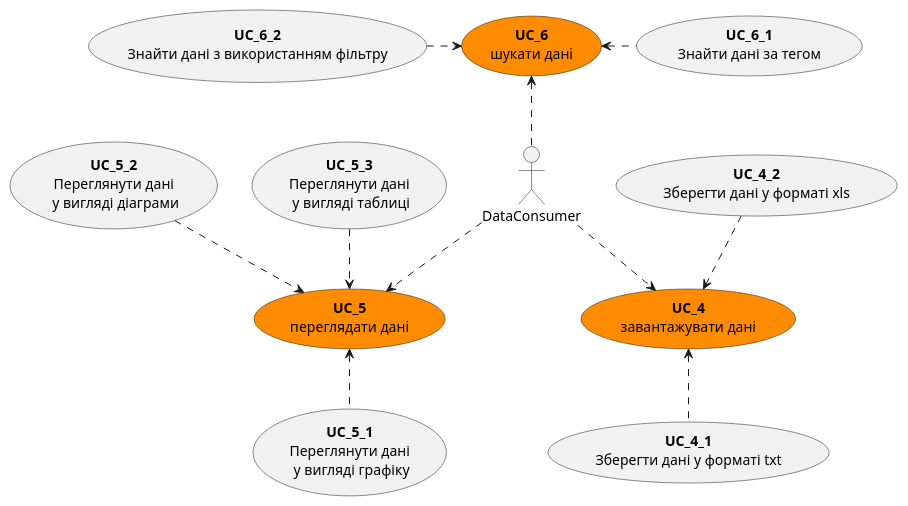
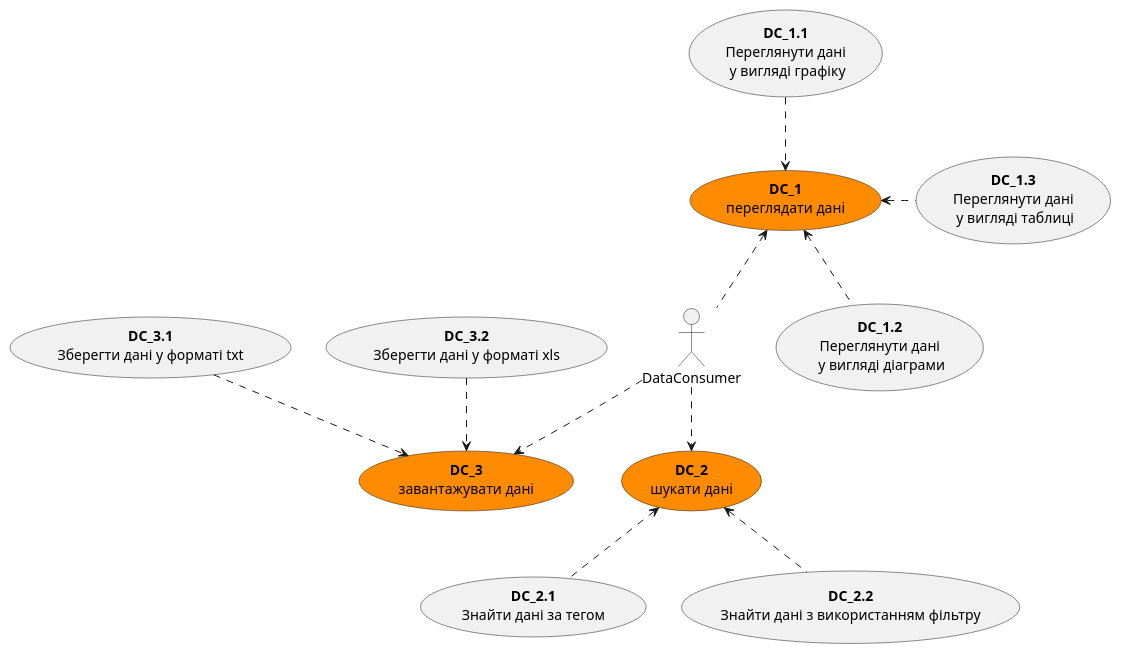
One commit to boldak/edu-db-cw changed the third of 3 diagrams in docs/use cases/README.md. Above: the diagram before and after it, drawn with PlantUML. The commit also changed other lines of this file, not shown here.

```diff
--- a/docs/use cases/README.md
+++ b/docs/use cases/README.md
@@ -240,44 +95,45 @@
 @startuml
 
 actor DataConsumer
   
-    usecase Duse1 as "<b>UC_6</b>\nшукати данi" #FF8C00
-    usecase Duse2 as "<b>UC_5</b>\nпереглядати данi" #FF8C00
-    usecase Duse3 as "<b>UC_4</b>\nзавантажувати данi" #FF8C00
+  usecase Duse1 as "<b>DC_1</b>\nпереглядати данi" #FF8C00
+  usecase Duse2 as "<b>DC_2</b>\nшукати данi" #FF8C00
+  usecase Duse3 as "<b>DC_3</b>\nзавантажувати данi" #FF8C00
   
-  usecase Duse2_1 as "<b>UC_5_1</b>\nПереглянути дані\n у вигляді графіку"
-  usecase Duse2_2 as "<b>UC_5_2</b>\nПереглянути дані\n у вигляді діаграми"
-  usecase Duse2_3 as "<b>UC_5_3</b>\nПереглянути дані\n у вигляді таблиці"
+  usecase Duse1_1 as "<b>DC_1.1</b>\nПереглянути дані\n у вигляді графіку"
+  usecase Duse1_2 as "<b>DC_1.2</b>\nПереглянути дані\n у вигляді діаграми"
+  usecase Duse1_3 as "<b>DC_1.3</b>\nПереглянути дані\n у вигляді таблиці"
   
-  usecase Duse1_1 as "<b>UC_6_1</b>\nЗнайти дані за тегом"
-  usecase Duse1_2 as "<b>UC_6_2</b>\nЗнайти дані з використанням фільтру"
+  usecase Duse2_1 as "<b>DC_2.1</b>\nЗнайти дані за тегом"
+  usecase Duse2_2 as "<b>DC_2.2</b>\nЗнайти дані з використанням фільтру"
   
-  usecase Duse3_1 as "<b>UC_4_1</b>\nЗберегти дані у форматі txt"
-  usecase Duse3_2 as "<b>UC_4_2</b>\nЗберегти дані у форматі xls"
+  usecase Duse3_1 as "<b>DC_3.1</b>\nЗберегти дані у форматі txt"
+  usecase Duse3_2 as "<b>DC_3.2</b>\nЗберегти дані у форматі xls"
+
   
   
 
 
  
   
 
   DataConsumer .u.> Duse1
   DataConsumer .d.> Duse2
   DataConsumer .d.> Duse3
   
-  Duse1_1 .l.> Duse1 <<extends>>
-   Duse1_2 .r.> Duse1 <<extends>>
+  Duse1_1 .d.> Duse1 <<extends>>
+  Duse1_2 .u.> Duse1 <<extends>>
+  Duse1_3 .l.> Duse1 <<extends>>
 
   Duse2_1 .u.> Duse2 <<extends>>
-   Duse2_2 .d.> Duse2 <<extends>>
-      Duse2_3 .d.> Duse2 <<extends>>
-   
-Duse3_1 .u.> Duse3 <<extends>>
-   Duse3_2 .d.> Duse3 <<extends>>
+  Duse2_2 .u.> Duse2 <<extends>>
+
+  Duse3_1 .d.> Duse3 <<extends>>
+  Duse3_2 .d.> Duse3 <<extends>>
 
 
 
 
 
   
 @enduml
```
